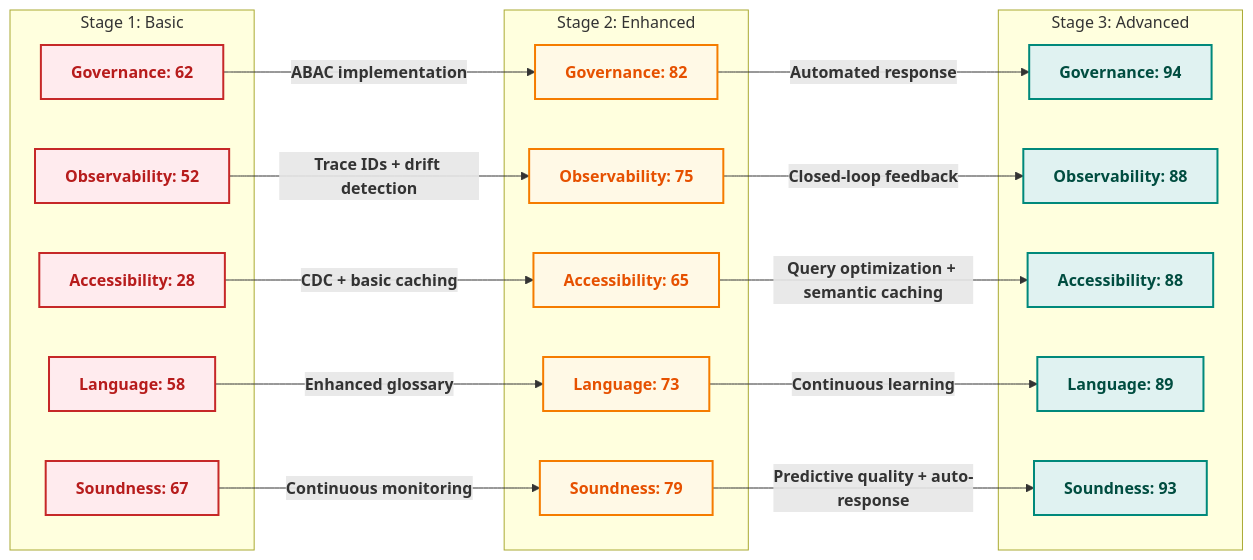
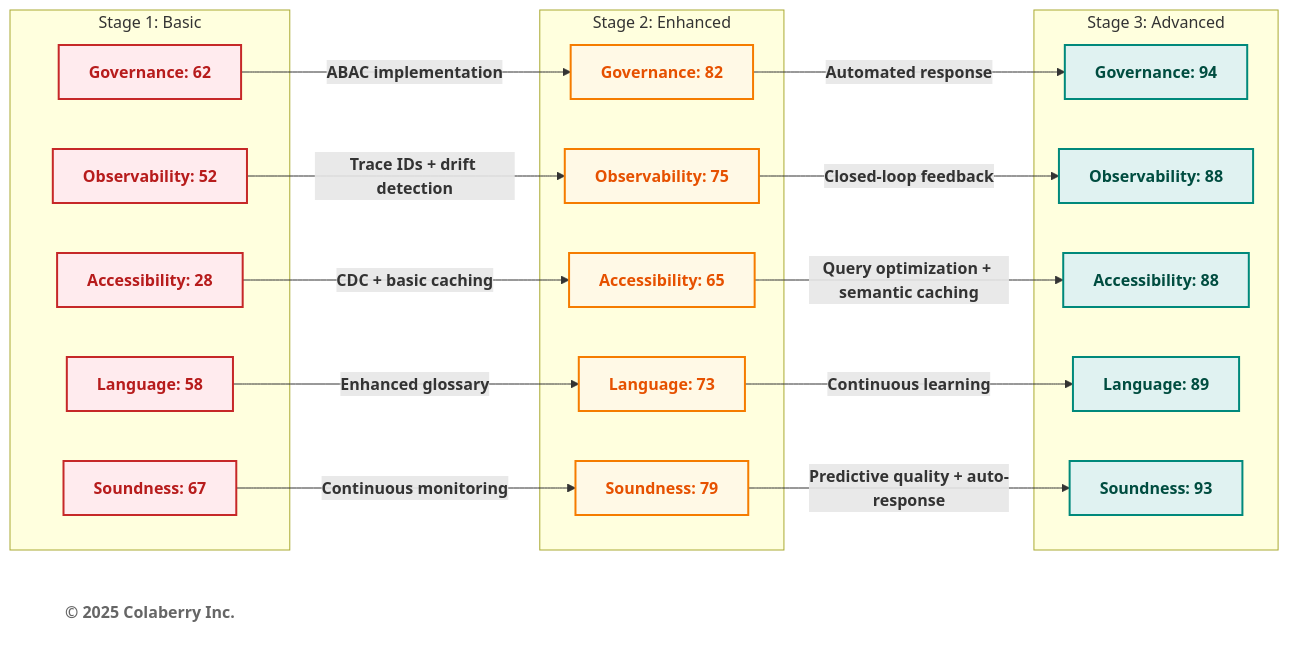
Before and after one commit to colaberry/enterprise-data-readiness-ai-agents: diagram 11 of 11 in chapter-02/chapter_2_complete.md, drawn with Mermaid. The commit also changed other lines of this file and 1 other file, not shown here.

````diff
--- a/chapter-02/chapter_2_complete.md
+++ b/chapter-02/chapter_2_complete.md
@@ -1669,59 +1697,62 @@
 ```mermaid
 graph LR
     subgraph "Stage 1: Basic"
         G1["<b>Governance: 62</b>"]
         O1["<b>Observability: 52</b>"]
         A1["<b>Accessibility: 28</b>"]
         L1["<b>Language: 58</b>"]
         S1["<b>Soundness: 67</b>"]
     end
     
     subgraph "Stage 2: Enhanced"
         G2["<b>Governance: 82</b>"]
         O2["<b>Observability: 75</b>"]
         A2["<b>Accessibility: 65</b>"]
         L2["<b>Language: 73</b>"]
         S2["<b>Soundness: 79</b>"]
     end
     
     subgraph "Stage 3: Advanced"
         G3["<b>Governance: 94</b>"]
         O3["<b>Observability: 88</b>"]
         A3["<b>Accessibility: 88</b>"]
         L3["<b>Language: 89</b>"]
         S3["<b>Soundness: 93</b>"]
     end
     
     G1 -->|<b>ABAC implementation</b>| G2
     G2 -->|<b>Automated response</b>| G3
     
     O1 -->|<b>Trace IDs + drift detection</b>| O2
     O2 -->|<b>Closed-loop feedback</b>| O3
     
     A1 -->|<b>CDC + basic caching</b>| A2
     A2 -->|<b>Query optimization + semantic caching</b>| A3
     
     L1 -->|<b>Enhanced glossary</b>| L2
     L2 -->|<b>Continuous learning</b>| L3
     
     S1 -->|<b>Continuous monitoring</b>| S2
     S2 -->|<b>Predictive quality + auto-response</b>| S3
     
     style G1 fill:#ffebee,stroke:#c62828,stroke-width:2px,color:#b71c1c
     style O1 fill:#ffebee,stroke:#c62828,stroke-width:2px,color:#b71c1c
     style A1 fill:#ffebee,stroke:#c62828,stroke-width:2px,color:#b71c1c
     style L1 fill:#ffebee,stroke:#c62828,stroke-width:2px,color:#b71c1c
     style S1 fill:#ffebee,stroke:#c62828,stroke-width:2px,color:#b71c1c
     
     style G2 fill:#fff9e6,stroke:#f57c00,stroke-width:2px,color:#e65100
     style O2 fill:#fff9e6,stroke:#f57c00,stroke-width:2px,color:#e65100
     style A2 fill:#fff9e6,stroke:#f57c00,stroke-width:2px,color:#e65100
     style L2 fill:#fff9e6,stroke:#f57c00,stroke-width:2px,color:#e65100
     style S2 fill:#fff9e6,stroke:#f57c00,stroke-width:2px,color:#e65100
     
     style G3 fill:#e0f2f1,stroke:#00897b,stroke-width:2px,color:#004d40
     style O3 fill:#e0f2f1,stroke:#00897b,stroke-width:2px,color:#004d40
     style A3 fill:#e0f2f1,stroke:#00897b,stroke-width:2px,color:#004d40
     style L3 fill:#e0f2f1,stroke:#00897b,stroke-width:2px,color:#004d40
     style S3 fill:#e0f2f1,stroke:#00897b,stroke-width:2px,color:#004d40
+    
+    Copyright["<b>© 2025 Colaberry Inc.</b>"]
+    style Copyright fill:#ffffff,stroke:none,color:#666666
 ```
````
